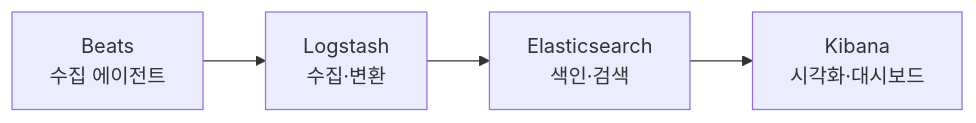
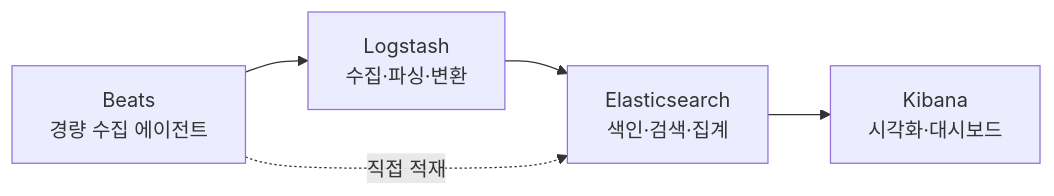
The diagram in content/elk-stack.md (coninggu/wjdqhrhksflrltnftk), drawn with Mermaid before and after one commit. The commit also changed other lines of this file and 16 other files, not shown here.

````diff
--- a/content/elk-stack.md
+++ b/content/elk-stack.md
@@ -13,6 +15,7 @@
 ```mermaid
 flowchart LR
-  B[Beats<br/>수집 에이전트] --> L[Logstash<br/>수집·변환]
-  L --> E[Elasticsearch<br/>색인·검색]
+  B[Beats<br/>경량 수집 에이전트] --> L[Logstash<br/>수집·파싱·변환]
+  L --> E[Elasticsearch<br/>색인·검색·집계]
   E --> K[Kibana<br/>시각화·대시보드]
+  B -.직접 적재.-> E
 ```
````
